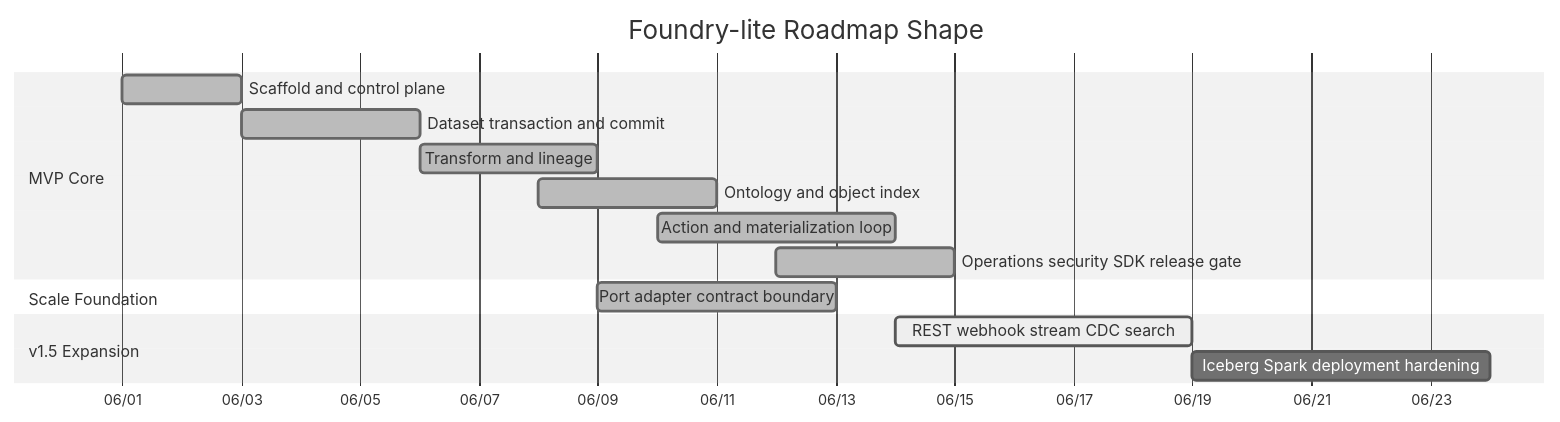
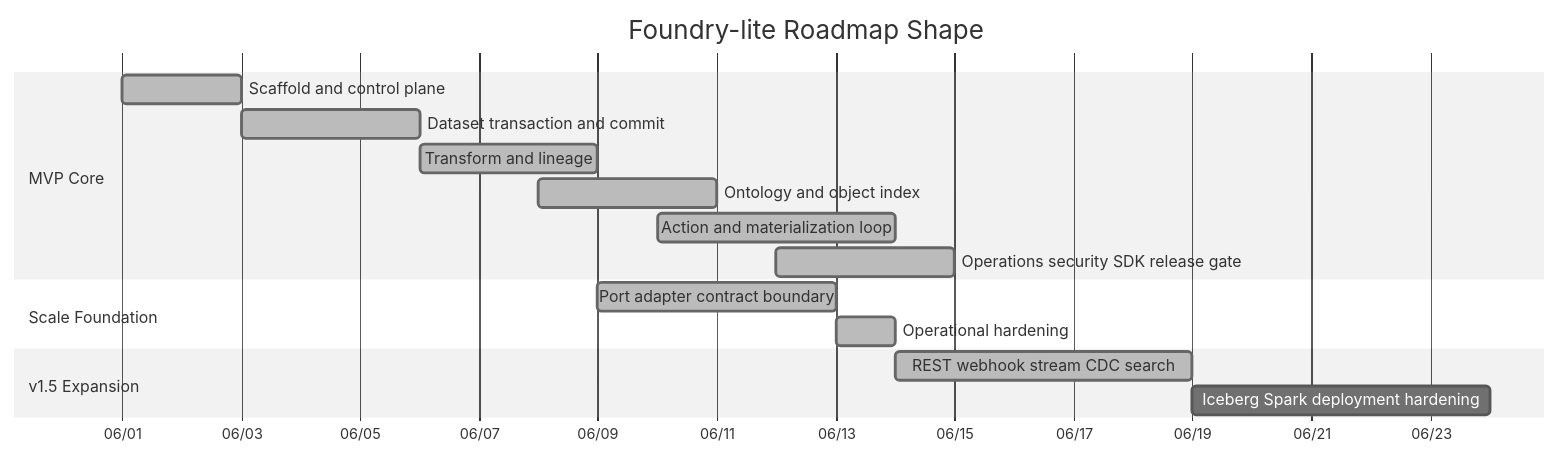
One commit to ludia8888/foundry-lite changed diagram 13 of 13 in README.md. Above: the diagram before and after it, drawn with Mermaid (neutral theme). The commit also changed other lines of this file and 26 other files, not shown here.

````diff
--- a/README.md
+++ b/README.md
@@ -830,18 +830,19 @@
 ```mermaid
 gantt
     title Foundry-lite Roadmap Shape
     dateFormat  YYYY-MM-DD
     axisFormat  %m/%d
     section MVP Core
     Scaffold and control plane           :done, s01, 2026-06-01, 2d
     Dataset transaction and commit       :done, s03, 2026-06-03, 3d
     Transform and lineage                :done, s11, 2026-06-06, 3d
     Ontology and object index            :done, s15, 2026-06-08, 3d
     Action and materialization loop      :done, s24, 2026-06-10, 4d
     Operations security SDK release gate :done, s33, 2026-06-12, 3d
     section Scale Foundation
     Port adapter contract boundary       :done, s02a, 2026-06-09, 4d
+    Operational hardening                :done, s36a, 2026-06-13, 1d
     section v1.5 Expansion
-    REST webhook stream CDC search       :active, s37, 2026-06-14, 5d
+    REST webhook stream CDC search       :done, s37, 2026-06-14, 5d
     Iceberg Spark deployment hardening   :s43, 2026-06-19, 5d
 ```
````
